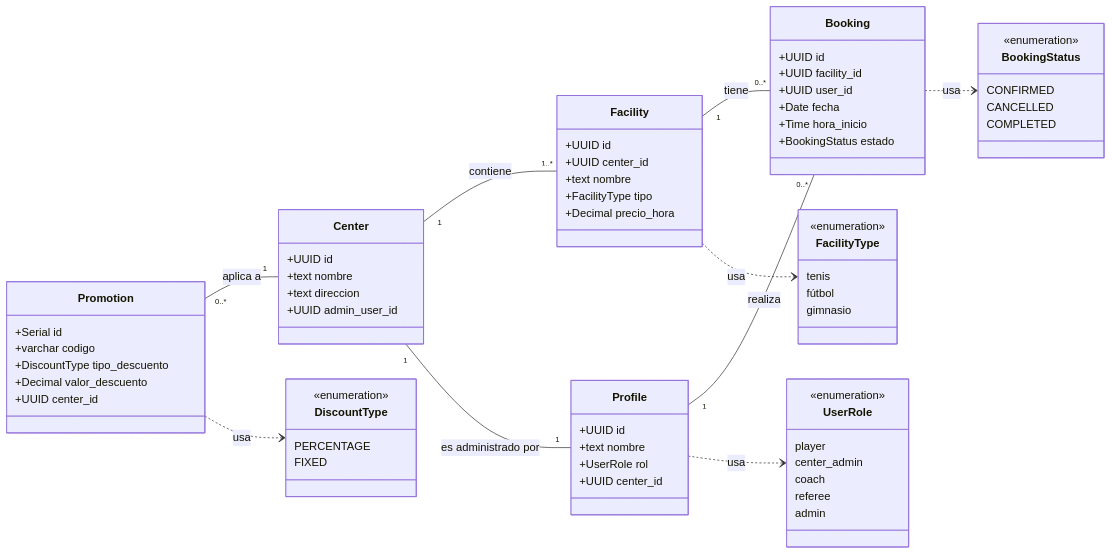
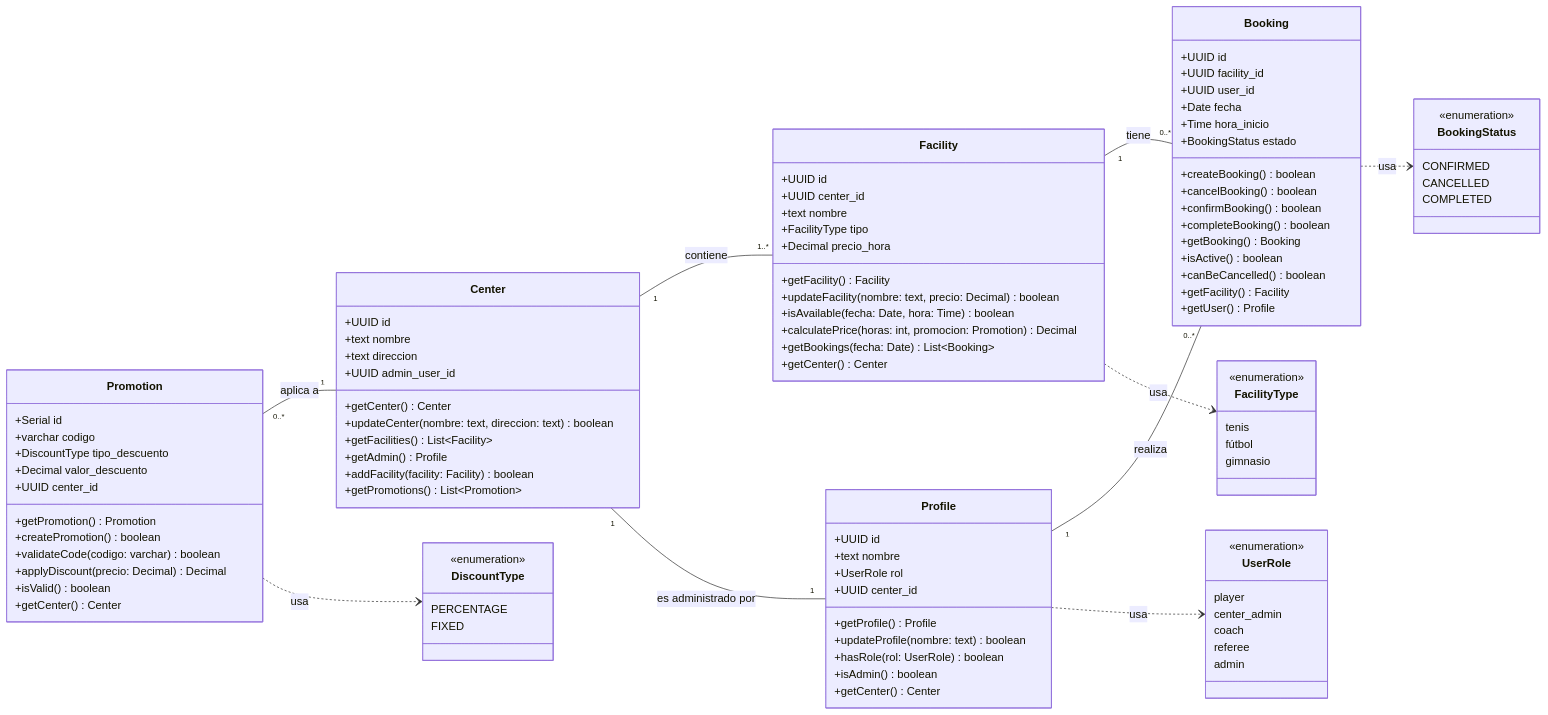
Before and after one commit to UAX-2025-26/SportHub: the diagram in sporthub-documentacion.md, drawn with Mermaid.

Commit message:
Ampliación diagrama de clases

```diff
--- a/sporthub-documentacion.md
+++ b/sporthub-documentacion.md
@@ -49,6 +49,11 @@
         +text nombre
         +UserRole rol
         +UUID center_id
+        +getProfile() Profile
+        +updateProfile(nombre: text) boolean
+        +hasRole(rol: UserRole) boolean
+        +isAdmin() boolean
+        +getCenter() Center
     }
 
     class Center {
@@ -56,6 +61,12 @@
         +text nombre
         +text direccion
         +UUID admin_user_id
+        +getCenter() Center
+        +updateCenter(nombre: text, direccion: text) boolean
+        +getFacilities() List~Facility~
+        +getAdmin() Profile
+        +addFacility(facility: Facility) boolean
+        +getPromotions() List~Promotion~
     }
 
     class Facility {
@@ -64,6 +75,12 @@
         +text nombre
         +FacilityType tipo
         +Decimal precio_hora
+        +getFacility() Facility
+        +updateFacility(nombre: text, precio: Decimal) boolean
+        +isAvailable(fecha: Date, hora: Time) boolean
+        +calculatePrice(horas: int, promocion: Promotion) Decimal
+        +getBookings(fecha: Date) List~Booking~
+        +getCenter() Center
     }
 
     class Booking {
@@ -73,6 +90,15 @@
         +Date fecha
         +Time hora_inicio
         +BookingStatus estado
+        +createBooking() boolean
+        +cancelBooking() boolean
+        +confirmBooking() boolean
+        +completeBooking() boolean
+        +getBooking() Booking
+        +isActive() boolean
+        +canBeCancelled() boolean
+        +getFacility() Facility
+        +getUser() Profile
     }
 
     class Promotion {
@@ -81,35 +107,41 @@
         +DiscountType tipo_descuento
         +Decimal valor_descuento
         +UUID center_id
+        +getPromotion() Promotion
+        +createPromotion() boolean
+        +validateCode(codigo: varchar) boolean
+        +applyDiscount(precio: Decimal) Decimal
+        +isValid() boolean
+        +getCenter() Center
     }
-    
+
     class UserRole {
-      <<enumeration>>
-      player
-      center_admin
-      coach
-      referee
-      admin
+        <<enumeration>>
+        player
+        center_admin
+        coach
+        referee
+        admin
     }
 
     class FacilityType {
-      <<enumeration>>
-      tenis
-      fútbol
-      gimnasio
+        <<enumeration>>
+        tenis
+        fútbol
+        gimnasio
     }
 
     class BookingStatus {
-      <<enumeration>>
-      CONFIRMED
-      CANCELLED
-      COMPLETED
+        <<enumeration>>
+        CONFIRMED
+        CANCELLED
+        COMPLETED
     }
-    
+
     class DiscountType {
-      <<enumeration>>
-      PERCENTAGE
-      FIXED
+        <<enumeration>>
+        PERCENTAGE
+        FIXED
     }
 
     Center "1" -- "1..*" Facility : contiene
@@ -117,7 +149,7 @@
     Profile "1" -- "0..*" Booking : realiza
     Center "1" -- "1" Profile : es administrado por
     Promotion "0..*" -- "1" Center : aplica a
-    
+
     Profile ..> UserRole : usa
     Facility ..> FacilityType : usa
     Booking ..> BookingStatus : usa
```
